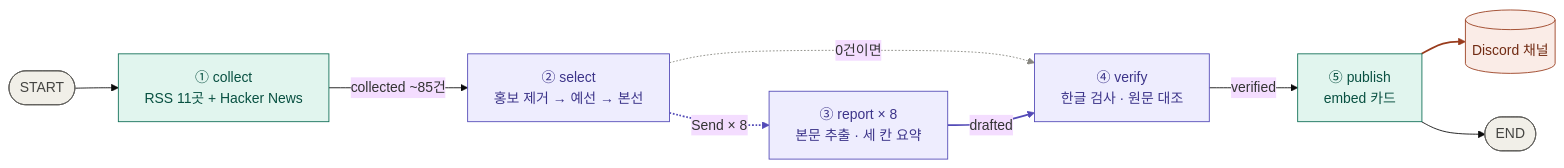
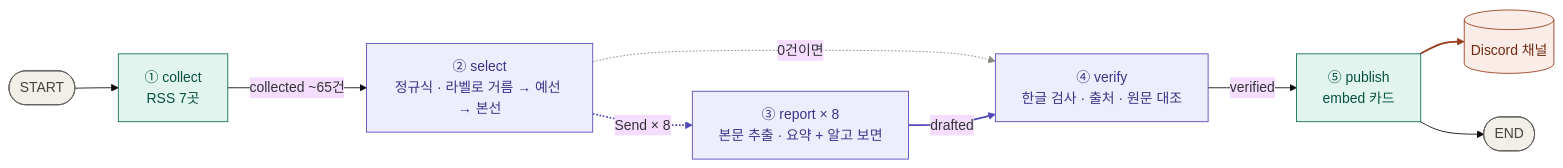
Before and after one commit to rome777/newsletter-agent: the diagram in README.md, drawn with Mermaid (base theme). The commit also changed other lines of this file and 9 other files, not shown here.

````diff
--- a/README.md
+++ b/README.md
@@ -18,25 +18,25 @@
 ```mermaid
 flowchart LR
-    S([START]) --> C["① collect<br/>RSS 11곳 + Hacker News"]
-    C -->|collected ~85건| SE["② select<br/>홍보 제거 → 예선 → 본선"]
-    SE -.->|Send × 8| R["③ report × 8<br/>본문 추출 · 세 칸 요약"]
+    S([START]) --> C["① collect<br/>RSS 7곳"]
+    C -->|collected ~65건| SE["② select<br/>정규식 · 라벨로 거름 → 예선 → 본선"]
+    SE -.->|Send × 8| R["③ report × 8<br/>본문 추출 · 요약 + 알고 보면"]
     SE -.->|0건이면| V
-    R -->|drafted| V["④ verify<br/>한글 검사 · 원문 대조"]
+    R -->|drafted| V["④ verify<br/>한글 검사 · 출처 · 원문 대조"]
     V -->|verified| P["⑤ publish<br/>embed 카드"]
     P --> D[("Discord 채널")]
     P --> E([END])
 
     classDef llm fill:#EEEDFE,stroke:#534AB7,color:#3C3489
     classDef code fill:#E1F5EE,stroke:#0F6E56,color:#085041
     classDef out fill:#FAECE7,stroke:#993C1D,color:#712B13
     classDef term fill:#F1EFE8,stroke:#5F5E5A,color:#444441
     class SE,R,V llm
     class C,P code
     class D out
     class S,E term
 
     linkStyle 2 stroke:#534AB7,stroke-width:2px
     linkStyle 3 stroke:#888780
     linkStyle 4 stroke:#534AB7,stroke-width:2px
     linkStyle 6 stroke:#993C1D,stroke-width:2px
 ```
````
